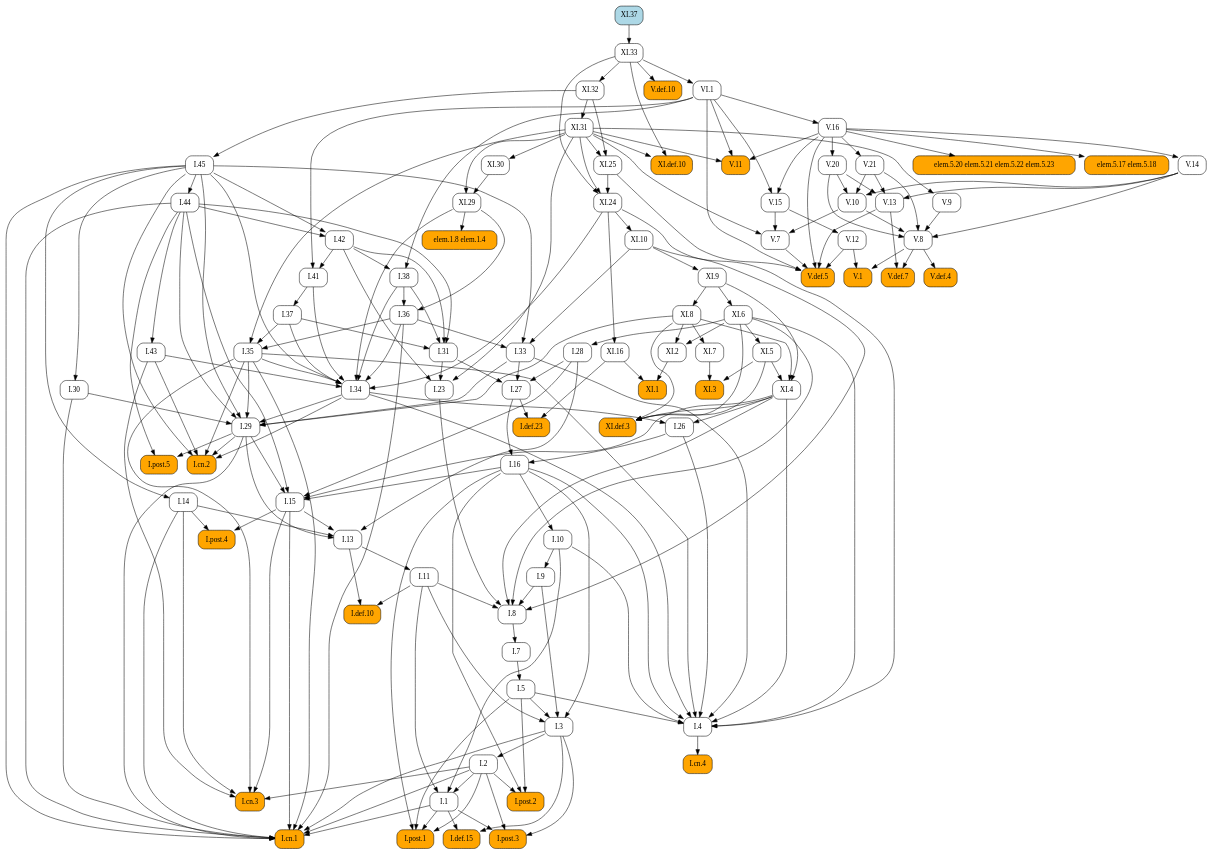
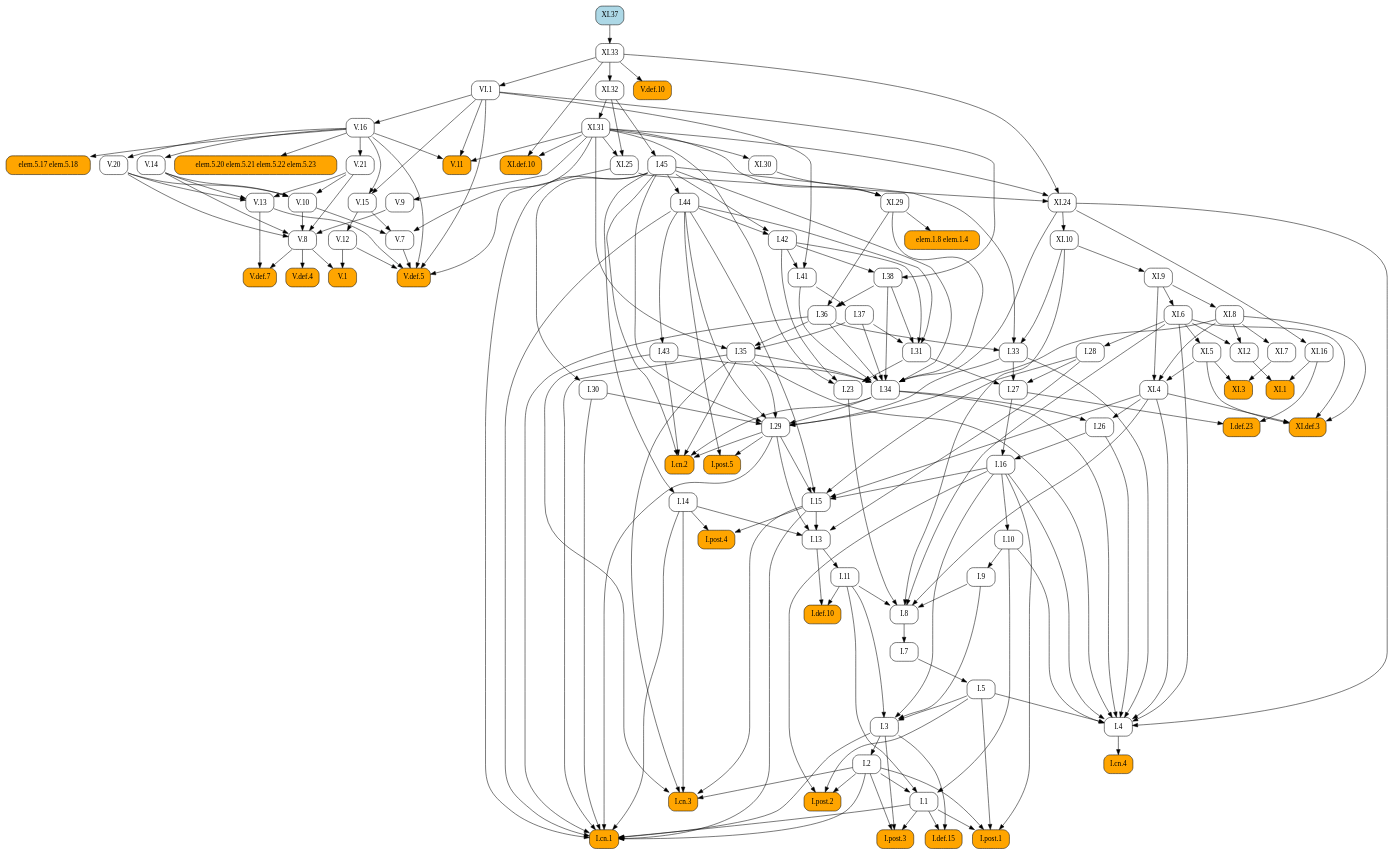
One commit to geometor/elements changed the diagram in docsrc/heath/XI/37/index.rst. Above: the diagram before and after it, drawn with Graphviz. The commit also changed other lines of this file and 484 other files, not shown here.

```diff
--- a/docsrc/heath/XI/37/index.rst
+++ b/docsrc/heath/XI/37/index.rst
@@ -42,143 +42,139 @@
    digraph {
      rankdir="TB";
      node [shape=box, style=rounded];
+     "I.23" [URL="/heath/I/23/", target="_top"];
+     "I.9" [URL="/heath/I/9/", target="_top"];
+     "I.def.15" [style="rounded,filled", fillcolor=orange, URL="/heath/I/def.15/", target="_top"];
+     "V.13" [URL="/heath/V/13/", target="_top"];
+     "XI.24" [URL="/heath/XI/24/", target="_top"];
+     "V.7" [URL="/heath/V/7/", target="_top"];
+     "elem.5.17 elem.5.18" [style="rounded,filled", fillcolor=orange];
+     "XI.6" [URL="/heath/XI/6/", target="_top"];
+     "I.post.1" [style="rounded,filled", fillcolor=orange, URL="/heath/I/post.1/", target="_top"];
+     "V.14" [URL="/heath/V/14/", target="_top"];
+     "I.43" [URL="/heath/I/43/", target="_top"];
+     "V.9" [URL="/heath/V/9/", target="_top"];
+     "I.30" [URL="/heath/I/30/", target="_top"];
+     "I.31" [URL="/heath/I/31/", target="_top"];
+     "V.10" [URL="/heath/V/10/", target="_top"];
      "I.def.10" [style="rounded,filled", fillcolor=orange, URL="/heath/I/def.10/", target="_top"];
+     "XI.def.3" [style="rounded,filled", fillcolor=orange, URL="/heath/XI/def.3/", target="_top"];
+     "VI.1" [URL="/heath/VI/1/", target="_top"];
+     "XI.10" [URL="/heath/XI/10/", target="_top"];
+     "elem.1.8 elem.1.4" [style="rounded,filled", fillcolor=orange];
+     "I.14" [URL="/heath/I/14/", target="_top"];
+     "V.11" [style="rounded,filled", fillcolor=orange, URL="/heath/V/11/", target="_top"];
+     "XI.2" [URL="/heath/XI/2/", target="_top"];
+     "I.34" [URL="/heath/I/34/", target="_top"];
+     "XI.7" [URL="/heath/XI/7/", target="_top"];
+     "I.3" [URL="/heath/I/3/", target="_top"];
+     "V.def.4" [style="rounded,filled", fillcolor=orange, URL="/heath/V/def.4/", target="_top"];
+     "V.def.7" [style="rounded,filled", fillcolor=orange, URL="/heath/V/def.7/", target="_top"];
+     "V.21" [URL="/heath/V/21/", target="_top"];
+     "I.2" [URL="/heath/I/2/", target="_top"];
+     "I.13" [URL="/heath/I/13/", target="_top"];
+     "I.post.4" [style="rounded,filled", fillcolor=orange, URL="/heath/I/post.4/", target="_top"];
+     "I.4" [URL="/heath/I/4/", target="_top"];
+     "XI.33" [URL="/heath/XI/33/", target="_top"];
+     "I.1" [URL="/heath/I/1/", target="_top"];
+     "XI.16" [URL="/heath/XI/16/", target="_top"];
+     "I.8" [URL="/heath/I/8/", target="_top"];
+     "I.45" [URL="/heath/I/45/", target="_top"];
+     "I.29" [URL="/heath/I/29/", target="_top"];
+     "XI.31" [URL="/heath/XI/31/", target="_top"];
+     "XI.5" [URL="/heath/XI/5/", target="_top"];
+     "I.38" [URL="/heath/I/38/", target="_top"];
+     "V.8" [URL="/heath/V/8/", target="_top"];
+     "I.15" [URL="/heath/I/15/", target="_top"];
+     "I.10" [URL="/heath/I/10/", target="_top"];
      "I.11" [URL="/heath/I/11/", target="_top"];
-     "I.post.4" [style="rounded,filled", fillcolor=orange, URL="/heath/I/post.4/", target="_top"];
+     "I.def.23" [style="rounded,filled", fillcolor=orange, URL="/heath/I/def.23/", target="_top"];
+     "I.44" [URL="/heath/I/44/", target="_top"];
+     "XI.1" [style="rounded,filled", fillcolor=orange, URL="/heath/XI/1/", target="_top"];
+     "I.26" [URL="/heath/I/26/", target="_top"];
+     "V.16" [URL="/heath/V/16/", target="_top"];
+     "I.33" [URL="/heath/I/33/", target="_top"];
+     "XI.4" [URL="/heath/XI/4/", target="_top"];
+     "XI.8" [URL="/heath/XI/8/", target="_top"];
+     "I.post.3" [style="rounded,filled", fillcolor=orange, URL="/heath/I/post.3/", target="_top"];
+     "V.def.5" [style="rounded,filled", fillcolor=orange, URL="/heath/V/def.5/", target="_top"];
+     "XI.3" [style="rounded,filled", fillcolor=orange, URL="/heath/XI/3/", target="_top"];
+     "XI.def.10" [style="rounded,filled", fillcolor=orange, URL="/heath/XI/def.10/", target="_top"];
+     "I.42" [URL="/heath/I/42/", target="_top"];
+     "V.20" [URL="/heath/V/20/", target="_top"];
+     "I.27" [URL="/heath/I/27/", target="_top"];
+     "XI.37" [style="rounded,filled", fillcolor=lightblue, URL="/heath/XI/37/", target="_top"];
+     "V.12" [URL="/heath/V/12/", target="_top"];
+     "I.35" [URL="/heath/I/35/", target="_top"];
+     "I.cn.1" [style="rounded,filled", fillcolor=orange, URL="/heath/I/cn.1/", target="_top"];
+     "I.7" [URL="/heath/I/7/", target="_top"];
+     "I.36" [URL="/heath/I/36/", target="_top"];
+     "I.5" [URL="/heath/I/5/", target="_top"];
+     "I.37" [URL="/heath/I/37/", target="_top"];
+     "V.def.10" [style="rounded,filled", fillcolor=orange, URL="/heath/V/def.10/", target="_top"];
+     "I.cn.3" [style="rounded,filled", fillcolor=orange, URL="/heath/I/cn.3/", target="_top"];
+     "I.16" [URL="/heath/I/16/", target="_top"];
+     "XI.29" [URL="/heath/XI/29/", target="_top"];
+     "V.1" [style="rounded,filled", fillcolor=orange, URL="/heath/V/1/", target="_top"];
+     "XI.9" [URL="/heath/XI/9/", target="_top"];
+     "I.cn.2" [style="rounded,filled", fillcolor=orange, URL="/heath/I/cn.2/", target="_top"];
+     "I.post.5" [style="rounded,filled", fillcolor=orange, URL="/heath/I/post.5/", target="_top"];
      "I.28" [URL="/heath/I/28/", target="_top"];
-     "I.1" [URL="/heath/I/1/", target="_top"];
-     "XI.7" [URL="/heath/XI/7/", target="_top"];
-     "V.def.5" [style="rounded,filled", fillcolor=orange, URL="/heath/V/def.5/", target="_top"];
-     "XI.9" [URL="/heath/XI/9/", target="_top"];
-     "XI.8" [URL="/heath/XI/8/", target="_top"];
-     "V.11" [style="rounded,filled", fillcolor=orange, URL="/heath/V/11/", target="_top"];
-     "V.13" [URL="/heath/V/13/", target="_top"];
-     "I.post.3" [style="rounded,filled", fillcolor=orange, URL="/heath/I/post.3/", target="_top"];
-     "VI.1" [URL="/heath/VI/1/", target="_top"];
-     "XI.1" [style="rounded,filled", fillcolor=orange, URL="/heath/XI/1/", target="_top"];
-     "I.cn.3" [style="rounded,filled", fillcolor=orange, URL="/heath/I/cn.3/", target="_top"];
+     "I.cn.4" [style="rounded,filled", fillcolor=orange, URL="/heath/I/cn.4/", target="_top"];
+     "V.15" [URL="/heath/V/15/", target="_top"];
+     "I.41" [URL="/heath/I/41/", target="_top"];
+     "I.post.2" [style="rounded,filled", fillcolor=orange, URL="/heath/I/post.2/", target="_top"];
+     "XI.30" [URL="/heath/XI/30/", target="_top"];
+     "XI.32" [URL="/heath/XI/32/", target="_top"];
+     "elem.5.20 elem.5.21 elem.5.22 elem.5.23" [style="rounded,filled", fillcolor=orange];
      "XI.25" [URL="/heath/XI/25/", target="_top"];
-     "I.14" [URL="/heath/I/14/", target="_top"];
-     "V.16" [URL="/heath/V/16/", target="_top"];
-     "XI.2" [URL="/heath/XI/2/", target="_top"];
-     "XI.37" [style="rounded,filled", fillcolor=lightblue, URL="/heath/XI/37/", target="_top"];
-     "XI.16" [URL="/heath/XI/16/", target="_top"];
-     "XI.31" [URL="/heath/XI/31/", target="_top"];
-     "I.36" [URL="/heath/I/36/", target="_top"];
-     "I.41" [URL="/heath/I/41/", target="_top"];
-     "I.27" [URL="/heath/I/27/", target="_top"];
-     "I.37" [URL="/heath/I/37/", target="_top"];
-     "I.34" [URL="/heath/I/34/", target="_top"];
-     "V.8" [URL="/heath/V/8/", target="_top"];
-     "I.2" [URL="/heath/I/2/", target="_top"];
-     "I.def.23" [style="rounded,filled", fillcolor=orange, URL="/heath/I/def.23/", target="_top"];
-     "elem.1.8 elem.1.4" [style="rounded,filled", fillcolor=orange];
-     "XI.32" [URL="/heath/XI/32/", target="_top"];
-     "I.33" [URL="/heath/I/33/", target="_top"];
-     "I.post.2" [style="rounded,filled", fillcolor=orange, URL="/heath/I/post.2/", target="_top"];
-     "I.45" [URL="/heath/I/45/", target="_top"];
-     "I.42" [URL="/heath/I/42/", target="_top"];
-     "elem.5.20 elem.5.21 elem.5.22 elem.5.23" [style="rounded,filled", fillcolor=orange];
-     "I.9" [URL="/heath/I/9/", target="_top"];
-     "V.def.4" [style="rounded,filled", fillcolor=orange, URL="/heath/V/def.4/", target="_top"];
-     "I.cn.4" [style="rounded,filled", fillcolor=orange, URL="/heath/I/cn.4/", target="_top"];
-     "XI.33" [URL="/heath/XI/33/", target="_top"];
-     "I.15" [URL="/heath/I/15/", target="_top"];
-     "I.38" [URL="/heath/I/38/", target="_top"];
-     "V.def.7" [style="rounded,filled", fillcolor=orange, URL="/heath/V/def.7/", target="_top"];
-     "I.5" [URL="/heath/I/5/", target="_top"];
-     "V.21" [URL="/heath/V/21/", target="_top"];
-     "XI.def.3" [style="rounded,filled", fillcolor=orange, URL="/heath/XI/def.3/", target="_top"];
-     "I.26" [URL="/heath/I/26/", target="_top"];
-     "V.def.10" [style="rounded,filled", fillcolor=orange, URL="/heath/V/def.10/", target="_top"];
-     "V.14" [URL="/heath/V/14/", target="_top"];
-     "I.29" [URL="/heath/I/29/", target="_top"];
-     "V.12" [URL="/heath/V/12/", target="_top"];
-     "I.cn.2" [style="rounded,filled", fillcolor=orange, URL="/heath/I/cn.2/", target="_top"];
-     "V.20" [URL="/heath/V/20/", target="_top"];
-     "V.10" [URL="/heath/V/10/", target="_top"];
-     "XI.30" [URL="/heath/XI/30/", target="_top"];
-     "I.def.15" [style="rounded,filled", fillcolor=orange, URL="/heath/I/def.15/", target="_top"];
-     "V.15" [URL="/heath/V/15/", target="_top"];
-     "XI.5" [URL="/heath/XI/5/", target="_top"];
-     "I.cn.1" [style="rounded,filled", fillcolor=orange, URL="/heath/I/cn.1/", target="_top"];
-     "I.30" [URL="/heath/I/30/", target="_top"];
-     "V.7" [URL="/heath/V/7/", target="_top"];
-     "XI.29" [URL="/heath/XI/29/", target="_top"];
-     "V.9" [URL="/heath/V/9/", target="_top"];
-     "I.23" [URL="/heath/I/23/", target="_top"];
-     "I.43" [URL="/heath/I/43/", target="_top"];
-     "I.post.1" [style="rounded,filled", fillcolor=orange, URL="/heath/I/post.1/", target="_top"];
-     "XI.6" [URL="/heath/XI/6/", target="_top"];
-     "I.35" [URL="/heath/I/35/", target="_top"];
-     "I.7" [URL="/heath/I/7/", target="_top"];
-     "I.3" [URL="/heath/I/3/", target="_top"];
-     "I.4" [URL="/heath/I/4/", target="_top"];
-     "I.13" [URL="/heath/I/13/", target="_top"];
-     "XI.def.10" [style="rounded,filled", fillcolor=orange, URL="/heath/XI/def.10/", target="_top"];
-     "I.31" [URL="/heath/I/31/", target="_top"];
-     "V.1" [style="rounded,filled", fillcolor=orange, URL="/heath/V/1/", target="_top"];
-     "I.16" [URL="/heath/I/16/", target="_top"];
-     "elem.5.17 elem.5.18" [style="rounded,filled", fillcolor=orange];
-     "I.8" [URL="/heath/I/8/", target="_top"];
-     "XI.4" [URL="/heath/XI/4/", target="_top"];
-     "XI.24" [URL="/heath/XI/24/", target="_top"];
-     "I.post.5" [style="rounded,filled", fillcolor=orange, URL="/heath/I/post.5/", target="_top"];
-     "I.44" [URL="/heath/I/44/", target="_top"];
-     "I.10" [URL="/heath/I/10/", target="_top"];
-     "XI.10" [URL="/heath/XI/10/", target="_top"];
-     "XI.3" [style="rounded,filled", fillcolor=orange, URL="/heath/XI/3/", target="_top"];
+     "I.31" -> "I.23";
+     "I.42" -> "I.23";
+     "XI.31" -> "I.23";
+     "I.10" -> "I.9";
+     "I.1" -> "I.def.15";
+     "I.3" -> "I.def.15";
+     "V.14" -> "V.13";
+     "V.20" -> "V.13";
+     "V.21" -> "V.13";
+     "XI.25" -> "XI.24";
+     "XI.31" -> "XI.24";
+     "XI.33" -> "XI.24";
+     "V.10" -> "V.7";
+     "V.15" -> "V.7";
+     "XI.31" -> "V.7";
+     "V.16" -> "elem.5.17 elem.5.18";
+     "XI.9" -> "XI.6";
+     "I.1" -> "I.post.1";
+     "I.2" -> "I.post.1";
+     "I.5" -> "I.post.1";
+     "I.16" -> "I.post.1";
+     "V.16" -> "V.14";
+     "I.44" -> "I.43";
+     "XI.31" -> "V.9";
+     "I.45" -> "I.30";
+     "I.37" -> "I.31";
+     "I.38" -> "I.31";
+     "I.42" -> "I.31";
+     "I.44" -> "I.31";
+     "V.14" -> "V.10";
+     "V.20" -> "V.10";
+     "V.21" -> "V.10";
      "I.11" -> "I.def.10";
      "I.13" -> "I.def.10";
-     "I.13" -> "I.11";
-     "I.14" -> "I.post.4";
-     "I.15" -> "I.post.4";
-     "XI.6" -> "I.28";
-     "I.2" -> "I.1";
-     "I.10" -> "I.1";
-     "I.11" -> "I.1";
-     "XI.8" -> "XI.7";
-     "V.7" -> "V.def.5";
-     "V.12" -> "V.def.5";
-     "V.13" -> "V.def.5";
-     "V.16" -> "V.def.5";
-     "VI.1" -> "V.def.5";
-     "XI.25" -> "V.def.5";
-     "XI.10" -> "XI.9";
-     "XI.9" -> "XI.8";
+     "XI.4" -> "XI.def.3";
+     "XI.5" -> "XI.def.3";
+     "XI.6" -> "XI.def.3";
+     "XI.8" -> "XI.def.3";
+     "XI.33" -> "VI.1";
+     "XI.24" -> "XI.10";
+     "XI.29" -> "elem.1.8 elem.1.4";
+     "I.45" -> "I.14";
      "V.16" -> "V.11";
      "VI.1" -> "V.11";
      "XI.31" -> "V.11";
-     "V.14" -> "V.13";
-     "V.20" -> "V.13";
-     "V.21" -> "V.13";
-     "I.1" -> "I.post.3";
-     "I.2" -> "I.post.3";
-     "I.3" -> "I.post.3";
-     "XI.33" -> "VI.1";
-     "XI.2" -> "XI.1";
-     "XI.16" -> "XI.1";
-     "I.2" -> "I.cn.3";
-     "I.14" -> "I.cn.3";
-     "I.15" -> "I.cn.3";
-     "I.35" -> "I.cn.3";
-     "I.43" -> "I.cn.3";
-     "XI.31" -> "XI.25";
-     "XI.32" -> "XI.25";
-     "I.45" -> "I.14";
-     "VI.1" -> "V.16";
      "XI.6" -> "XI.2";
      "XI.8" -> "XI.2";
-     "XI.24" -> "XI.16";
-     "XI.32" -> "XI.31";
-     "I.38" -> "I.36";
-     "XI.29" -> "I.36";
-     "I.42" -> "I.41";
-     "VI.1" -> "I.41";
-     "I.28" -> "I.27";
-     "I.31" -> "I.27";
-     "I.33" -> "I.27";
-     "I.41" -> "I.37";
      "I.35" -> "I.34";
      "I.36" -> "I.34";
      "I.37" -> "I.34";
@@ -188,49 +184,44 @@
      "I.45" -> "I.34";
      "XI.24" -> "I.34";
      "XI.29" -> "I.34";
-     "V.9" -> "V.8";
-     "V.10" -> "V.8";
-     "V.14" -> "V.8";
-     "V.20" -> "V.8";
-     "V.21" -> "V.8";
-     "I.3" -> "I.2";
-     "I.27" -> "I.def.23";
-     "XI.16" -> "I.def.23";
-     "XI.29" -> "elem.1.8 elem.1.4";
-     "XI.33" -> "XI.32";
-     "I.36" -> "I.33";
-     "I.45" -> "I.33";
-     "XI.10" -> "I.33";
-     "I.2" -> "I.post.2";
-     "I.5" -> "I.post.2";
-     "I.16" -> "I.post.2";
-     "XI.32" -> "I.45";
-     "I.44" -> "I.42";
-     "I.45" -> "I.42";
-     "V.16" -> "elem.5.20 elem.5.21 elem.5.22 elem.5.23";
-     "I.10" -> "I.9";
+     "XI.8" -> "XI.7";
+     "I.5" -> "I.3";
+     "I.9" -> "I.3";
+     "I.11" -> "I.3";
+     "I.16" -> "I.3";
      "V.8" -> "V.def.4";
-     "I.4" -> "I.cn.4";
-     "XI.37" -> "XI.33";
-     "I.16" -> "I.15";
-     "I.28" -> "I.15";
-     "I.29" -> "I.15";
-     "I.44" -> "I.15";
-     "XI.4" -> "I.15";
-     "I.42" -> "I.38";
-     "VI.1" -> "I.38";
      "V.8" -> "V.def.7";
      "V.13" -> "V.def.7";
-     "I.7" -> "I.5";
      "V.16" -> "V.21";
-     "XI.4" -> "XI.def.3";
-     "XI.5" -> "XI.def.3";
-     "XI.6" -> "XI.def.3";
-     "XI.8" -> "XI.def.3";
-     "I.34" -> "I.26";
-     "XI.4" -> "I.26";
-     "XI.33" -> "V.def.10";
-     "V.16" -> "V.14";
+     "I.3" -> "I.2";
+     "I.14" -> "I.13";
+     "I.15" -> "I.13";
+     "I.28" -> "I.13";
+     "I.29" -> "I.13";
+     "I.14" -> "I.post.4";
+     "I.15" -> "I.post.4";
+     "I.5" -> "I.4";
+     "I.10" -> "I.4";
+     "I.16" -> "I.4";
+     "I.26" -> "I.4";
+     "I.33" -> "I.4";
+     "I.34" -> "I.4";
+     "I.35" -> "I.4";
+     "XI.4" -> "I.4";
+     "XI.6" -> "I.4";
+     "XI.24" -> "I.4";
+     "XI.37" -> "XI.33";
+     "I.2" -> "I.1";
+     "I.10" -> "I.1";
+     "I.11" -> "I.1";
+     "XI.24" -> "XI.16";
+     "I.9" -> "I.8";
+     "I.11" -> "I.8";
+     "I.23" -> "I.8";
+     "XI.4" -> "I.8";
+     "XI.6" -> "I.8";
+     "XI.10" -> "I.8";
+     "XI.32" -> "I.45";
      "I.30" -> "I.29";
      "I.33" -> "I.29";
      "I.34" -> "I.29";
@@ -238,22 +229,60 @@
      "I.44" -> "I.29";
      "I.45" -> "I.29";
      "XI.8" -> "I.29";
+     "XI.32" -> "XI.31";
+     "XI.6" -> "XI.5";
+     "I.42" -> "I.38";
+     "VI.1" -> "I.38";
+     "V.9" -> "V.8";
+     "V.10" -> "V.8";
+     "V.14" -> "V.8";
+     "V.20" -> "V.8";
+     "V.21" -> "V.8";
+     "I.16" -> "I.15";
+     "I.28" -> "I.15";
+     "I.29" -> "I.15";
+     "I.44" -> "I.15";
+     "XI.4" -> "I.15";
+     "I.16" -> "I.10";
+     "I.13" -> "I.11";
+     "I.27" -> "I.def.23";
+     "XI.16" -> "I.def.23";
+     "I.45" -> "I.44";
+     "XI.2" -> "XI.1";
+     "XI.16" -> "XI.1";
+     "I.34" -> "I.26";
+     "XI.4" -> "I.26";
+     "VI.1" -> "V.16";
+     "I.36" -> "I.33";
+     "I.45" -> "I.33";
+     "XI.10" -> "I.33";
+     "XI.5" -> "XI.4";
+     "XI.8" -> "XI.4";
+     "XI.9" -> "XI.4";
+     "XI.9" -> "XI.8";
+     "I.1" -> "I.post.3";
+     "I.2" -> "I.post.3";
+     "I.3" -> "I.post.3";
+     "V.7" -> "V.def.5";
+     "V.12" -> "V.def.5";
+     "V.13" -> "V.def.5";
+     "V.16" -> "V.def.5";
+     "VI.1" -> "V.def.5";
+     "XI.25" -> "V.def.5";
+     "XI.5" -> "XI.3";
+     "XI.7" -> "XI.3";
+     "XI.31" -> "XI.def.10";
+     "XI.33" -> "XI.def.10";
+     "I.44" -> "I.42";
+     "I.45" -> "I.42";
+     "V.16" -> "V.20";
+     "I.28" -> "I.27";
+     "I.31" -> "I.27";
+     "I.33" -> "I.27";
      "V.15" -> "V.12";
-     "I.29" -> "I.cn.2";
-     "I.34" -> "I.cn.2";
-     "I.35" -> "I.cn.2";
-     "I.43" -> "I.cn.2";
-     "I.45" -> "I.cn.2";
-     "V.16" -> "V.20";
-     "V.14" -> "V.10";
-     "V.20" -> "V.10";
-     "V.21" -> "V.10";
-     "XI.31" -> "XI.30";
-     "I.1" -> "I.def.15";
-     "I.3" -> "I.def.15";
-     "V.16" -> "V.15";
-     "VI.1" -> "V.15";
-     "XI.6" -> "XI.5";
+     "I.36" -> "I.35";
+     "I.37" -> "I.35";
+     "XI.31" -> "I.35";
      "I.1" -> "I.cn.1";
      "I.2" -> "I.cn.1";
      "I.3" -> "I.cn.1";
@@ -265,72 +294,43 @@
      "I.36" -> "I.cn.1";
      "I.44" -> "I.cn.1";
      "I.45" -> "I.cn.1";
-     "I.45" -> "I.30";
-     "V.10" -> "V.7";
-     "V.15" -> "V.7";
-     "XI.31" -> "V.7";
+     "I.8" -> "I.7";
+     "I.38" -> "I.36";
+     "XI.29" -> "I.36";
+     "I.7" -> "I.5";
+     "I.41" -> "I.37";
+     "XI.33" -> "V.def.10";
+     "I.2" -> "I.cn.3";
+     "I.14" -> "I.cn.3";
+     "I.15" -> "I.cn.3";
+     "I.35" -> "I.cn.3";
+     "I.43" -> "I.cn.3";
+     "I.26" -> "I.16";
+     "I.27" -> "I.16";
      "XI.30" -> "XI.29";
      "XI.31" -> "XI.29";
-     "XI.31" -> "V.9";
-     "I.31" -> "I.23";
-     "I.42" -> "I.23";
-     "XI.31" -> "I.23";
-     "I.44" -> "I.43";
-     "I.1" -> "I.post.1";
-     "I.2" -> "I.post.1";
-     "I.5" -> "I.post.1";
-     "I.16" -> "I.post.1";
-     "XI.9" -> "XI.6";
-     "I.36" -> "I.35";
-     "I.37" -> "I.35";
-     "XI.31" -> "I.35";
-     "I.8" -> "I.7";
-     "I.5" -> "I.3";
-     "I.9" -> "I.3";
-     "I.11" -> "I.3";
-     "I.16" -> "I.3";
-     "I.5" -> "I.4";
-     "I.10" -> "I.4";
-     "I.16" -> "I.4";
-     "I.26" -> "I.4";
-     "I.33" -> "I.4";
-     "I.34" -> "I.4";
-     "I.35" -> "I.4";
-     "XI.4" -> "I.4";
-     "XI.6" -> "I.4";
-     "XI.24" -> "I.4";
-     "I.14" -> "I.13";
-     "I.15" -> "I.13";
-     "I.28" -> "I.13";
-     "I.29" -> "I.13";
-     "XI.31" -> "XI.def.10";
-     "XI.33" -> "XI.def.10";
-     "I.37" -> "I.31";
-     "I.38" -> "I.31";
-     "I.42" -> "I.31";
-     "I.44" -> "I.31";
      "V.8" -> "V.1";
      "V.12" -> "V.1";
-     "I.26" -> "I.16";
-     "I.27" -> "I.16";
-     "V.16" -> "elem.5.17 elem.5.18";
-     "I.9" -> "I.8";
-     "I.11" -> "I.8";
-     "I.23" -> "I.8";
-     "XI.4" -> "I.8";
-     "XI.6" -> "I.8";
-     "XI.10" -> "I.8";
-     "XI.5" -> "XI.4";
-     "XI.8" -> "XI.4";
-     "XI.9" -> "XI.4";
-     "XI.25" -> "XI.24";
-     "XI.31" -> "XI.24";
-     "XI.33" -> "XI.24";
+     "XI.10" -> "XI.9";
+     "I.29" -> "I.cn.2";
+     "I.34" -> "I.cn.2";
+     "I.35" -> "I.cn.2";
+     "I.43" -> "I.cn.2";
+     "I.45" -> "I.cn.2";
      "I.29" -> "I.post.5";
      "I.44" -> "I.post.5";
-     "I.45" -> "I.44";
-     "I.16" -> "I.10";
-     "XI.24" -> "XI.10";
-     "XI.5" -> "XI.3";
-     "XI.7" -> "XI.3";
+     "XI.6" -> "I.28";
+     "I.4" -> "I.cn.4";
+     "V.16" -> "V.15";
+     "VI.1" -> "V.15";
+     "I.42" -> "I.41";
+     "VI.1" -> "I.41";
+     "I.2" -> "I.post.2";
+     "I.5" -> "I.post.2";
+     "I.16" -> "I.post.2";
+     "XI.31" -> "XI.30";
+     "XI.33" -> "XI.32";
+     "V.16" -> "elem.5.20 elem.5.21 elem.5.22 elem.5.23";
+     "XI.31" -> "XI.25";
+     "XI.32" -> "XI.25";
    }
```
